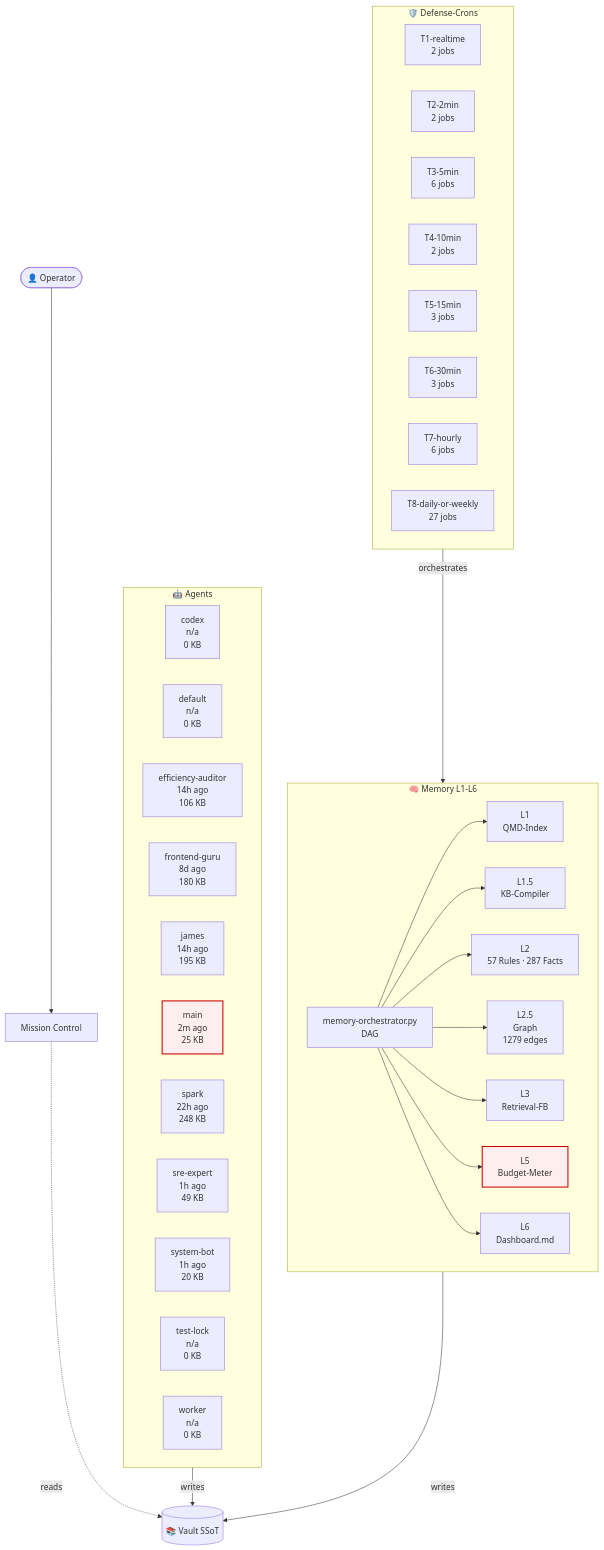
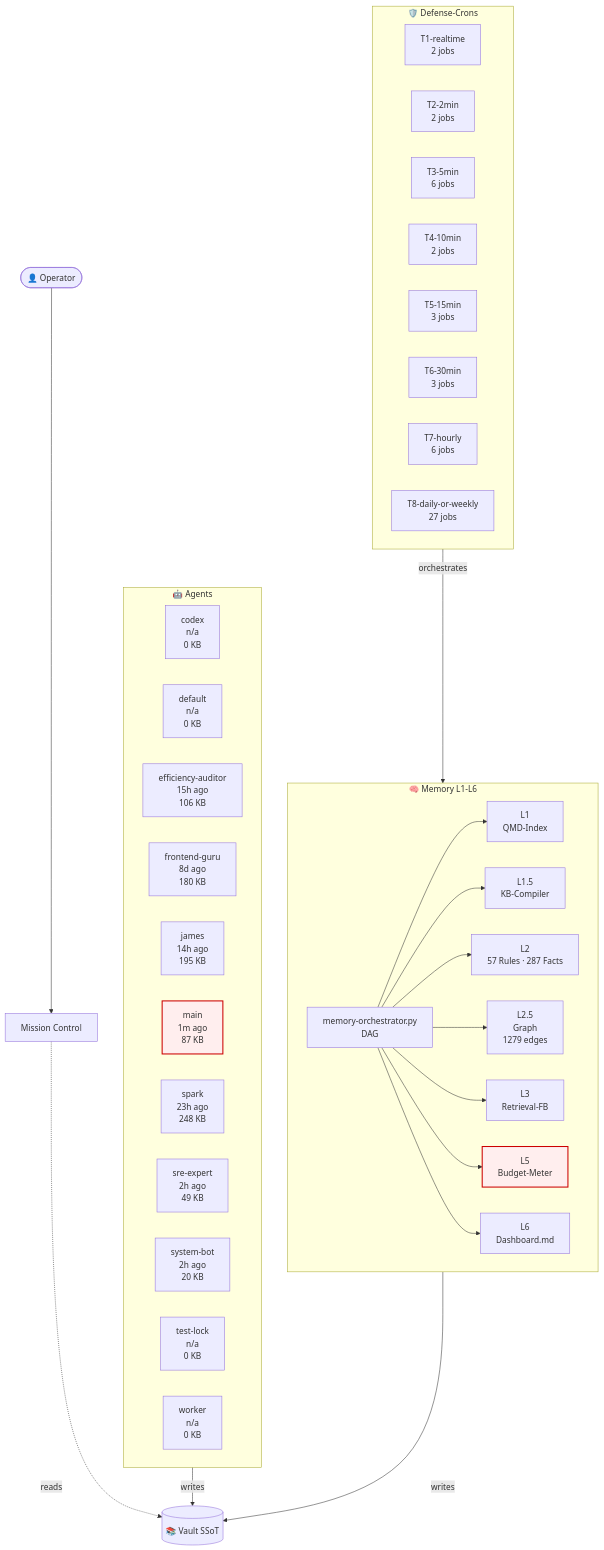
Before and after one commit to lenardhuebner88-rgb/openclaw-memory: the diagram in 03-Agents/architecture-live.md, drawn with Mermaid. The commit also changed other lines of this file and 13 other files, not shown here.

````diff
--- a/03-Agents/architecture-live.md
+++ b/03-Agents/architecture-live.md
@@ -18,54 +18,54 @@
 ```mermaid
 flowchart TB
     classDef critical fill:#fee,stroke:#c00,stroke-width:2px;
     subgraph AGT["🤖 Agents"]
         agent_codex["codex<br/>n/a<br/>0 KB"]
         agent_default["default<br/>n/a<br/>0 KB"]
-        agent_efficiency_auditor["efficiency-auditor<br/>14h ago<br/>106 KB"]
+        agent_efficiency_auditor["efficiency-auditor<br/>15h ago<br/>106 KB"]
         agent_frontend_guru["frontend-guru<br/>8d ago<br/>180 KB"]
         agent_james["james<br/>14h ago<br/>195 KB"]
-        agent_main["main<br/>2m ago<br/>25 KB"]
-        agent_spark["spark<br/>22h ago<br/>248 KB"]
-        agent_sre_expert["sre-expert<br/>1h ago<br/>49 KB"]
-        agent_system_bot["system-bot<br/>1h ago<br/>20 KB"]
+        agent_main["main<br/>1m ago<br/>87 KB"]
+        agent_spark["spark<br/>23h ago<br/>248 KB"]
+        agent_sre_expert["sre-expert<br/>2h ago<br/>49 KB"]
+        agent_system_bot["system-bot<br/>2h ago<br/>20 KB"]
         agent_test_lock["test-lock<br/>n/a<br/>0 KB"]
         agent_worker["worker<br/>n/a<br/>0 KB"]
     end
     subgraph MEM["🧠 Memory L1-L6"]
         L1["L1<br/>QMD-Index"]
         L15["L1.5<br/>KB-Compiler"]
         L2["L2<br/>57 Rules · 287 Facts"]
         L25["L2.5<br/>Graph<br/>1279 edges"]
         L3["L3<br/>Retrieval-FB"]
         L5["L5<br/>Budget-Meter"]
         L6["L6<br/>Dashboard.md"]
         ORCH["memory-orchestrator.py<br/>DAG"]
     end
     subgraph CRN["🛡️ Defense-Crons"]
         tier_T1_realtime["T1-realtime<br/>2 jobs"]
         tier_T2_2min["T2-2min<br/>2 jobs"]
         tier_T3_5min["T3-5min<br/>6 jobs"]
         tier_T4_10min["T4-10min<br/>2 jobs"]
         tier_T5_15min["T5-15min<br/>3 jobs"]
         tier_T6_30min["T6-30min<br/>3 jobs"]
         tier_T7_hourly["T7-hourly<br/>6 jobs"]
         tier_T8_daily_or_weekly["T8-daily-or-weekly<br/>27 jobs"]
     end
     VAULT[("📚 Vault SSoT")]
     OP([👤 Operator])
     MC["Mission Control"]
     OP --> MC
     MC -.reads.-> VAULT
     AGT -->|writes| VAULT
     MEM -->|writes| VAULT
     ORCH --> L1
     ORCH --> L15
     ORCH --> L2
     ORCH --> L25
     ORCH --> L3
     ORCH --> L5
     ORCH --> L6
     CRN -->|orchestrates| MEM
     class L5 critical
     class agent_main critical
 ```
````
